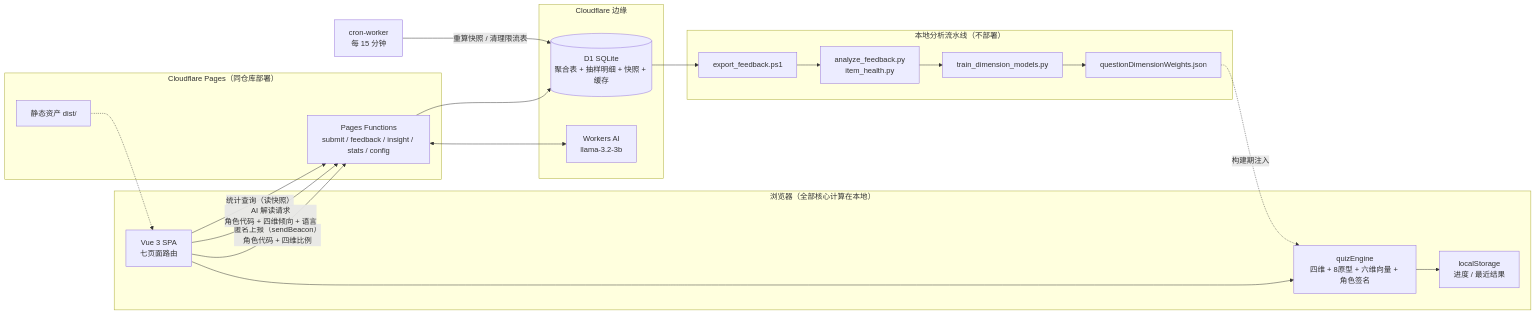
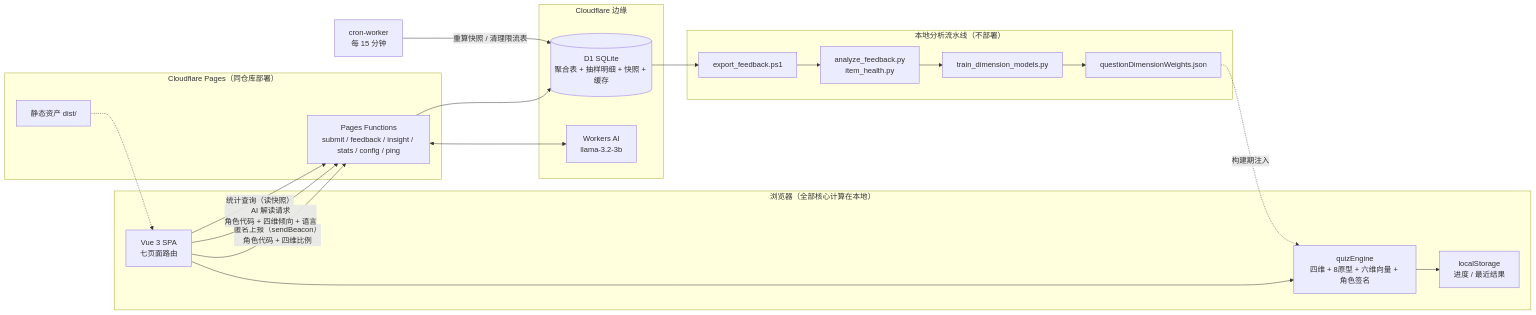
The diagram in docs/architecture.md (A-Archives-and-Forks/ACGTI), drawn with Mermaid before and after one commit. The commit also changed 14 other files, not shown here.

````diff
--- a/docs/architecture.md
+++ b/docs/architecture.md
@@ -7,40 +7,40 @@
 ```mermaid
 flowchart LR
   subgraph Browser["浏览器（全部核心计算在本地）"]
     UI["Vue 3 SPA<br/>七页面路由"]
     Engine["quizEngine<br/>四维 + 8原型 + 六维向量 + 角色签名"]
     Store["localStorage<br/>进度 / 最近结果"]
     UI --> Engine
     Engine --> Store
   end
 
   subgraph Pages["Cloudflare Pages（同仓库部署）"]
     Static["静态资产 dist/"]
-    Fns["Pages Functions<br/>submit / feedback / insight / stats / config"]
+    Fns["Pages Functions<br/>submit / feedback / insight / stats / config / ping"]
     Static -.-> UI
   end
 
   subgraph Edge["Cloudflare 边缘"]
     D1[("D1 SQLite<br/>聚合表 + 抽样明细 + 快照 + 缓存")]
     AI["Workers AI<br/>llama-3.2-3b"]
   end
 
   Cron["cron-worker<br/>每 15 分钟"]
 
   UI -- "匿名上报（sendBeacon）<br/>角色代码 + 四维比例" --> Fns
   UI -- "AI 解读请求<br/>角色代码 + 四维倾向 + 语言" --> Fns
   Fns --> D1
   Fns <--> AI
   Cron -- "重算快照 / 清理限流表" --> D1
   UI -- "统计查询（读快照）" --> Fns
 
   subgraph Local["本地分析流水线（不部署）"]
     Export["export_feedback.ps1"]
     Analyze["analyze_feedback.py<br/>item_health.py"]
     Train["train_dimension_models.py"]
     Weights["questionDimensionWeights.json"]
   end
 
   D1 --> Export --> Analyze --> Train --> Weights
   Weights -.->|"构建期注入"| Engine
 ```
````
